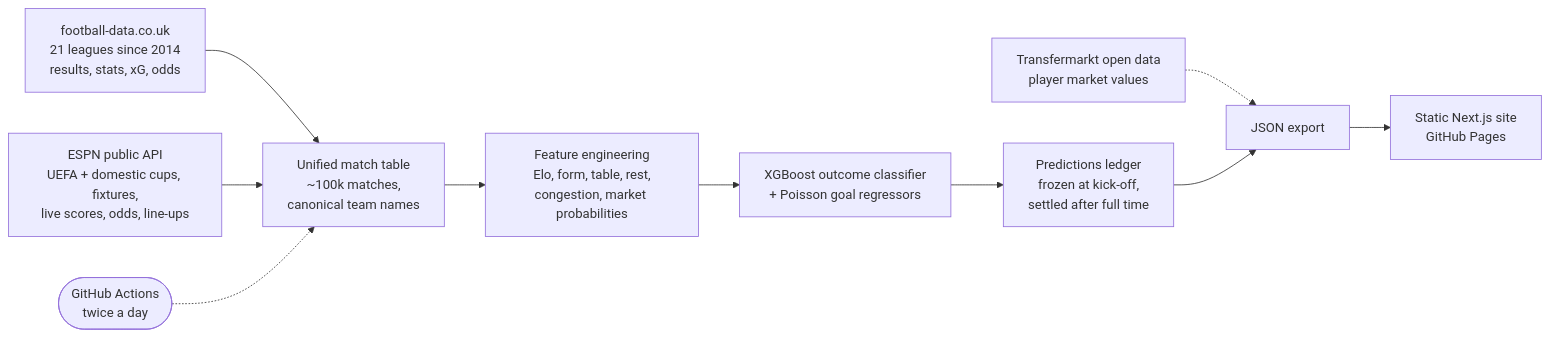
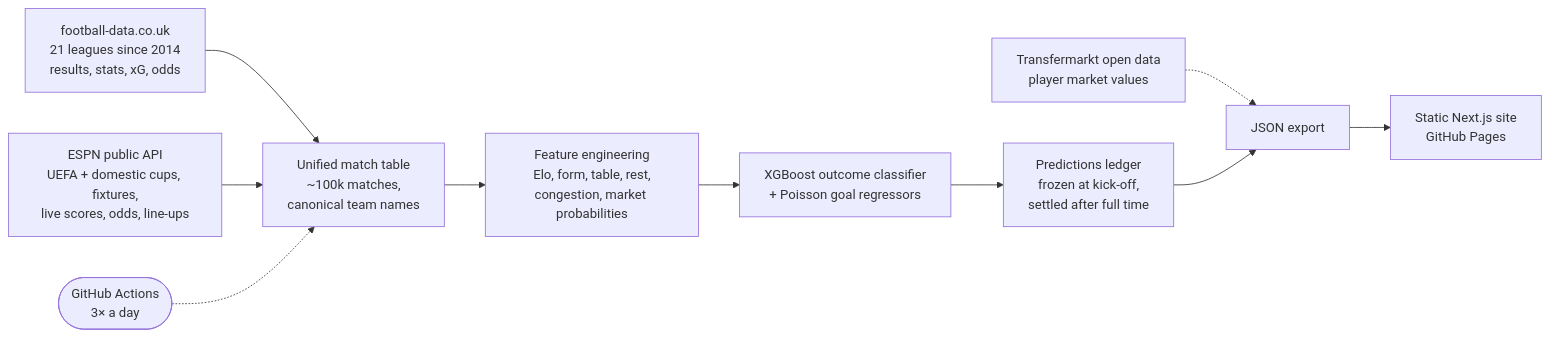
The diagram in README.md (barrosw5/football_match_predicter), drawn with Mermaid before and after one commit. The commit also changed other lines of this file and 8 other files, not shown here.

````diff
--- a/README.md
+++ b/README.md
@@ -48,12 +48,12 @@
 ```mermaid
 flowchart LR
     A["football-data.co.uk<br/>21 leagues since 2014<br/>results, stats, xG, odds"] --> C
     B["ESPN public API<br/>UEFA + domestic cups, fixtures,<br/>live scores, odds, line-ups"] --> C
     T["Transfermarkt open data<br/>player market values"] -.-> G
     C["Unified match table<br/>~100k matches,<br/>canonical team names"] --> D["Feature engineering<br/>Elo, form, table, rest,<br/>congestion, market probabilities"]
     D --> E["XGBoost outcome classifier<br/>+ Poisson goal regressors"]
     E --> F["Predictions ledger<br/>frozen at kick-off,<br/>settled after full time"]
     F --> G["JSON export"]
     G --> H["Static Next.js site<br/>GitHub Pages"]
-    S(["GitHub Actions<br/>twice a day"]) -.-> C
+    S(["GitHub Actions<br/>3× a day"]) -.-> C
 ```
````
